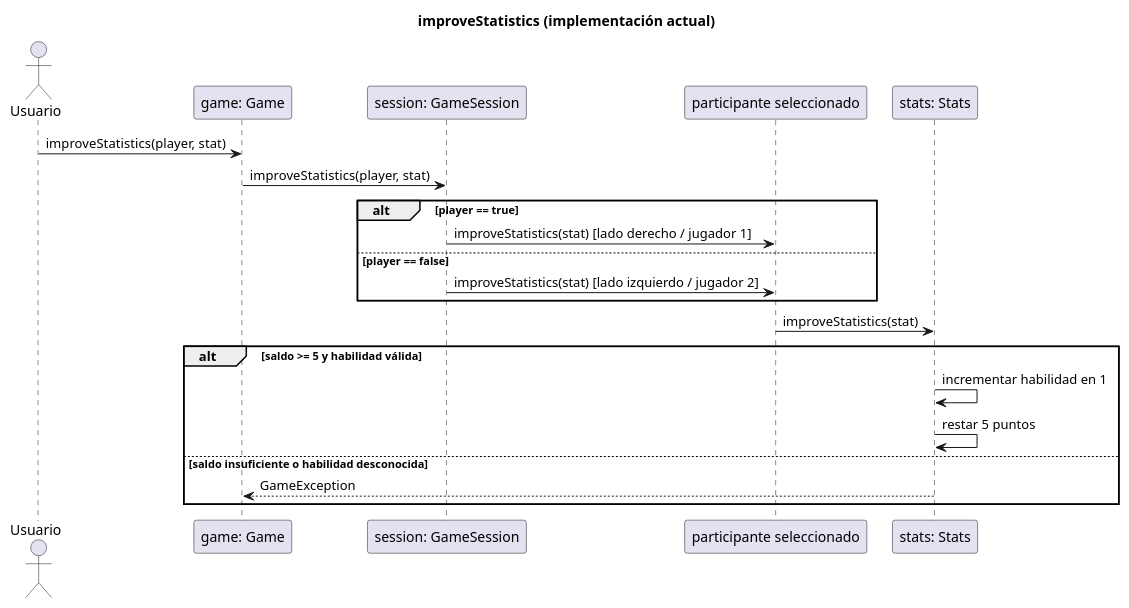
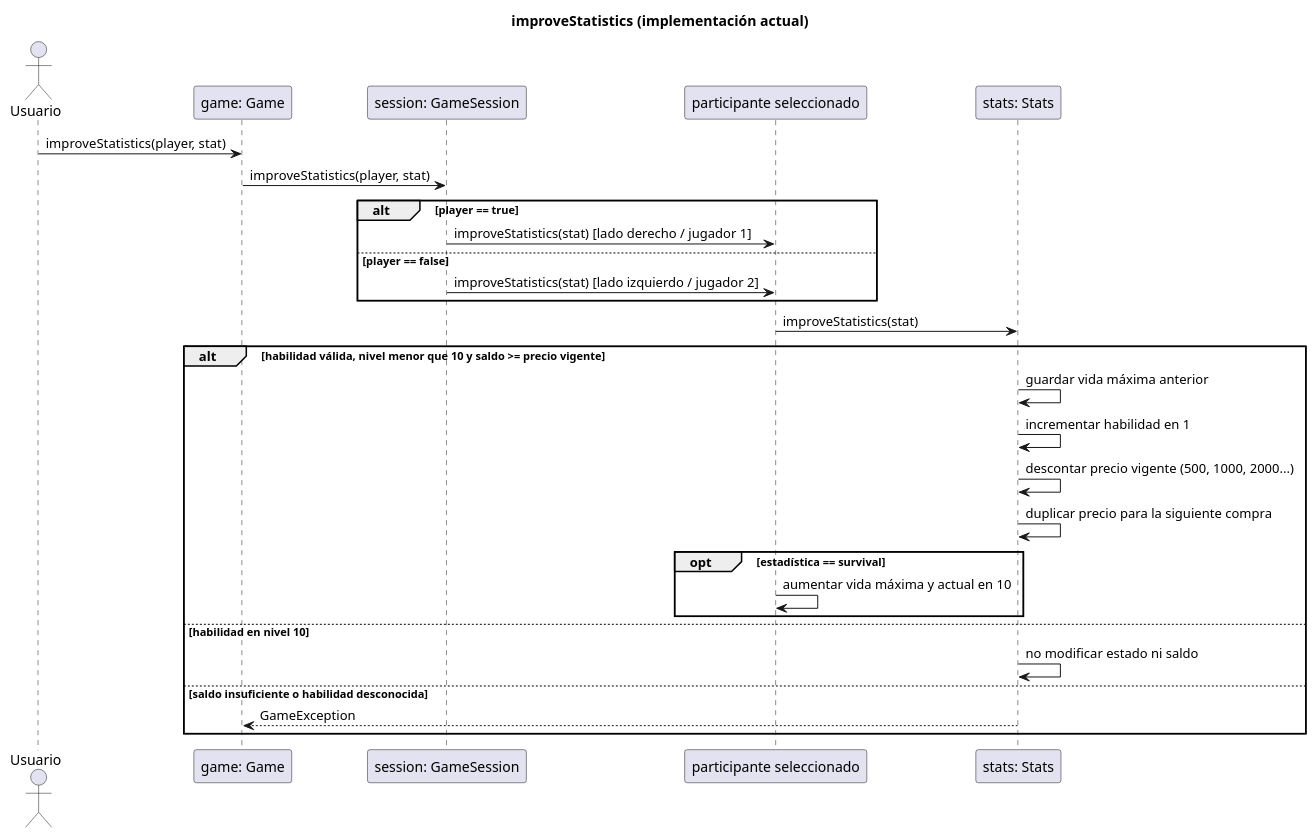
One commit to PaglkG/ProyectoFinal-Dopo changed the sixth of 9 diagrams in docs/uml/domain-sequences.puml. Above: the diagram before and after it, drawn with PlantUML. The commit also changed other lines of this file and 48 other files, not shown here.

```diff
--- a/docs/uml/domain-sequences.puml
+++ b/docs/uml/domain-sequences.puml
@@ -107,22 +107,29 @@
 @startuml
 title improveStatistics (implementación actual)
 actor Usuario
 participant "game: Game" as G
 participant "session: GameSession" as S
 participant "participante seleccionado" as P
 participant "stats: Stats" as T
 Usuario -> G: improveStatistics(player, stat)
 G -> S: improveStatistics(player, stat)
 alt player == true
   S -> P: improveStatistics(stat) [lado derecho / jugador 1]
 else player == false
   S -> P: improveStatistics(stat) [lado izquierdo / jugador 2]
 end
 P -> T: improveStatistics(stat)
-alt saldo >= 5 y habilidad válida
+alt habilidad válida, nivel menor que 10 y saldo >= precio vigente
+  T -> T: guardar vida máxima anterior
   T -> T: incrementar habilidad en 1
-  T -> T: restar 5 puntos
+  T -> T: descontar precio vigente (500, 1000, 2000...)
+  T -> T: duplicar precio para la siguiente compra
+  opt estadística == survival
+    P -> P: aumentar vida máxima y actual en 10
+  end
+else habilidad en nivel 10
+  T -> T: no modificar estado ni saldo
 else saldo insuficiente o habilidad desconocida
   T --> G: GameException
 end
 @enduml
```
